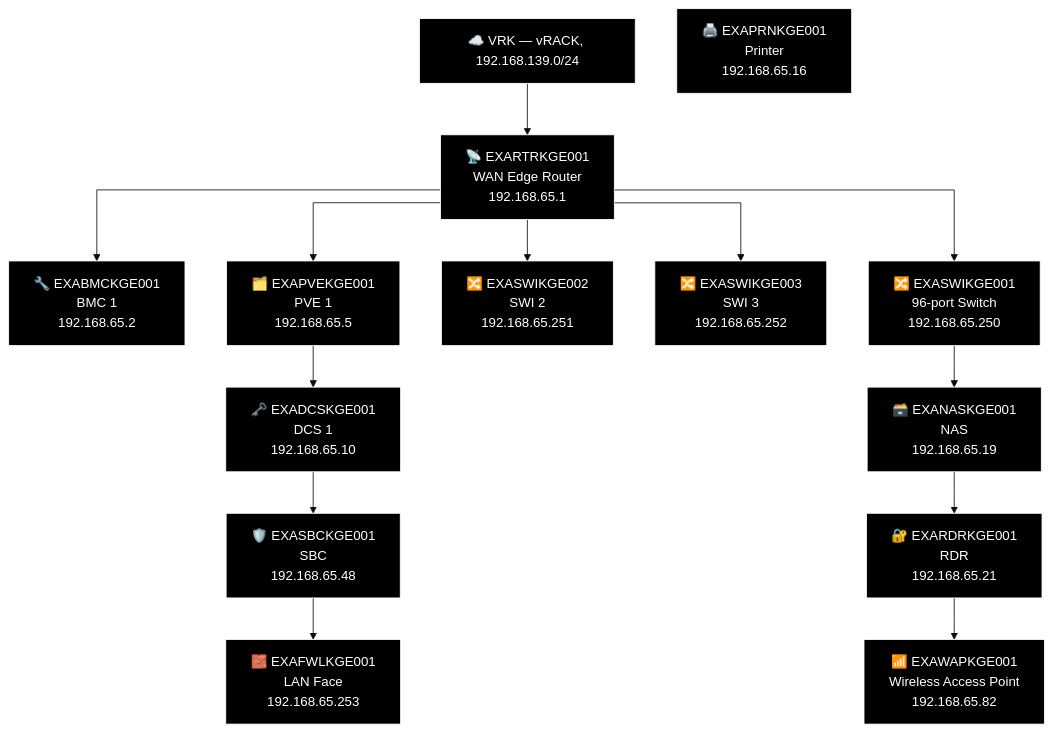
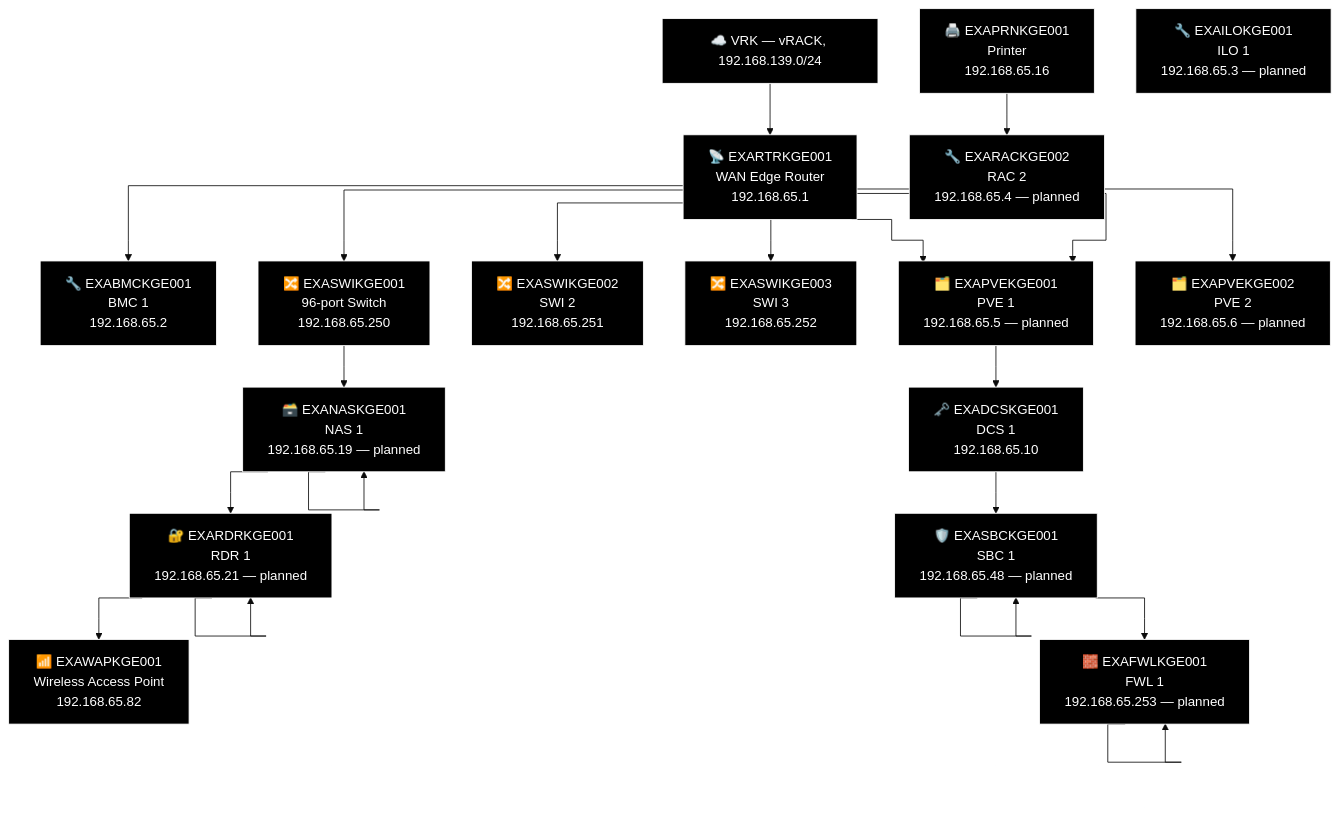
One commit to knightmare2600/example_music_infra changed the eighth of 23 diagrams in docs/network-diagram/danmark.md. Above: the diagram before and after it, drawn with Mermaid (base theme). The commit also changed other lines of this file and 12 other files, not shown here.

````diff
--- a/docs/network-diagram/danmark.md
+++ b/docs/network-diagram/danmark.md
@@ -398,42 +431,61 @@
 ```mermaid
 %% GENERATED:TOPOLOGY:KGE:START
 %%{init: {'flowchart': {'curve': 'stepAfter'}}}%%
 graph TD
     T_VRK["☁️ VRK — vRACK, 192.168.139.0/24"]
     T_RTR["📡 EXARTRKGE001<br/>WAN Edge Router<br/>192.168.65.1"]
     T_VRK --> T_RTR
     T_BMC["🔧 EXABMCKGE001<br/>BMC 1<br/>192.168.65.2"]
     T_RTR --> T_BMC
     T_PVE["🗂️ EXAPVEKGE001<br/>PVE 1<br/>192.168.65.5"]
     T_RTR --> T_PVE
     T_SWI["🔀 EXASWIKGE002<br/>SWI 2<br/>192.168.65.251"]
     T_RTR --> T_SWI
     T_SWI2["🔀 EXASWIKGE003<br/>SWI 3<br/>192.168.65.252"]
     T_RTR --> T_SWI2
     T_SWI3["🔀 EXASWIKGE001<br/>96-port Switch<br/>192.168.65.250"]
     T_RTR --> T_SWI3
+    T_PVE["🗂️ EXAPVEKGE001<br/>PVE 1<br/>192.168.65.5 — planned"]
+    T_RTR --> T_PVE
+    T_PVE2["🗂️ EXAPVEKGE002<br/>PVE 2<br/>192.168.65.6 — planned"]
+    T_RTR --> T_PVE2
     T_NAS["🗃️ EXANASKGE001<br/>NAS<br/>192.168.65.19"]
+    T_NAS["🗃️ EXANASKGE001<br/>NAS 1<br/>192.168.65.19 — planned"]
     T_RDR["🔐 EXARDRKGE001<br/>RDR<br/>192.168.65.21"]
+    T_RDR["🔐 EXARDRKGE001<br/>RDR 1<br/>192.168.65.21 — planned"]
     T_WAP["📶 EXAWAPKGE001<br/>Wireless Access Point<br/>192.168.65.82"]
-    T_SWI3 --> T_NAS --> T_RDR --> T_WAP
+    T_SWI3 --> T_NAS --> T_NAS --> T_RDR --> T_RDR --> T_WAP
     T_DCS["🗝️ EXADCSKGE001<br/>DCS 1<br/>192.168.65.10"]
     T_SBC["🛡️ EXASBCKGE001<br/>SBC<br/>192.168.65.48"]
+    T_SBC["🛡️ EXASBCKGE001<br/>SBC 1<br/>192.168.65.48 — planned"]
     T_FWL["🧱 EXAFWLKGE001<br/>LAN Face<br/>192.168.65.253"]
-    T_PVE --> T_DCS --> T_SBC --> T_FWL
+    T_FWL["🧱 EXAFWLKGE001<br/>FWL 1<br/>192.168.65.253 — planned"]
+    T_PVE --> T_DCS --> T_SBC --> T_SBC --> T_FWL --> T_FWL
     T_PRN["🖨️ EXAPRNKGE001<br/>Printer<br/>192.168.65.16"]
+    T_ILO["🔧 EXAILOKGE001<br/>ILO 1<br/>192.168.65.3 — planned"]
+    T_RAC["🔧 EXARACKGE002<br/>RAC 2<br/>192.168.65.4 — planned"]
+    T_PRN --> T_RAC
     style T_VRK fill:#000000,stroke:#FFFFFF,color:#FFFFFF
     style T_RTR fill:#000000,stroke:#FFFFFF,color:#FFFFFF
     style T_BMC fill:#000000,stroke:#FFFFFF,color:#FFFFFF
     style T_PVE fill:#000000,stroke:#FFFFFF,color:#FFFFFF
     style T_SWI fill:#000000,stroke:#FFFFFF,color:#FFFFFF
     style T_SWI2 fill:#000000,stroke:#FFFFFF,color:#FFFFFF
     style T_SWI3 fill:#000000,stroke:#FFFFFF,color:#FFFFFF
+    style T_PVE fill:#000000,stroke:#FFFFFF,color:#FFFFFF
+    style T_PVE2 fill:#000000,stroke:#FFFFFF,color:#FFFFFF
     style T_NAS fill:#000000,stroke:#FFFFFF,color:#FFFFFF
+    style T_NAS fill:#000000,stroke:#FFFFFF,color:#FFFFFF
+    style T_RDR fill:#000000,stroke:#FFFFFF,color:#FFFFFF
     style T_RDR fill:#000000,stroke:#FFFFFF,color:#FFFFFF
     style T_WAP fill:#000000,stroke:#FFFFFF,color:#FFFFFF
     style T_DCS fill:#000000,stroke:#FFFFFF,color:#FFFFFF
     style T_SBC fill:#000000,stroke:#FFFFFF,color:#FFFFFF
+    style T_SBC fill:#000000,stroke:#FFFFFF,color:#FFFFFF
+    style T_FWL fill:#000000,stroke:#FFFFFF,color:#FFFFFF
     style T_FWL fill:#000000,stroke:#FFFFFF,color:#FFFFFF
     style T_PRN fill:#000000,stroke:#FFFFFF,color:#FFFFFF
+    style T_ILO fill:#000000,stroke:#FFFFFF,color:#FFFFFF
+    style T_RAC fill:#000000,stroke:#FFFFFF,color:#FFFFFF
 %% GENERATED:TOPOLOGY:KGE:END
 ```
````
